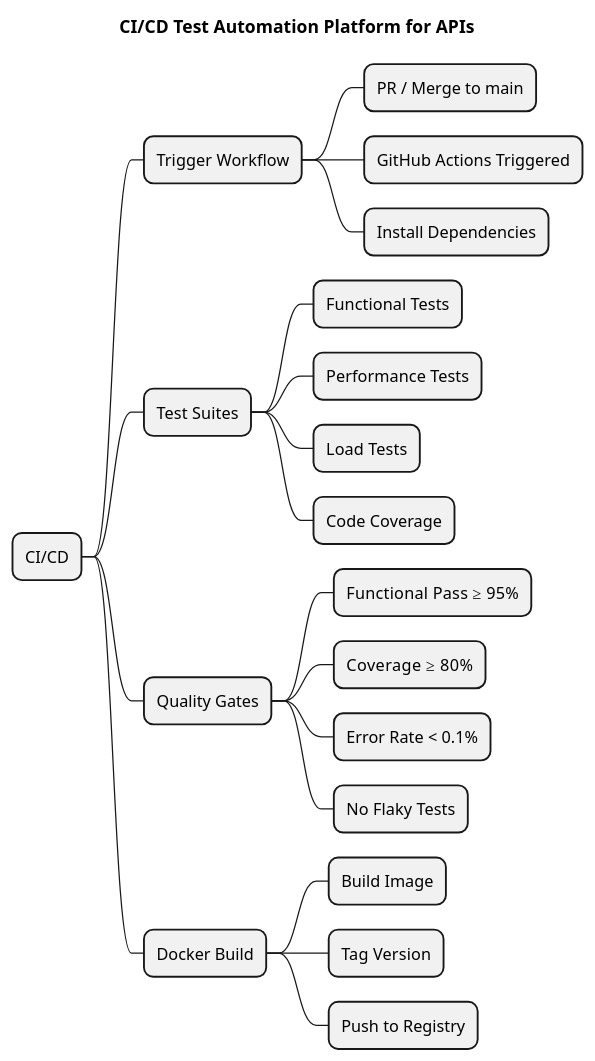
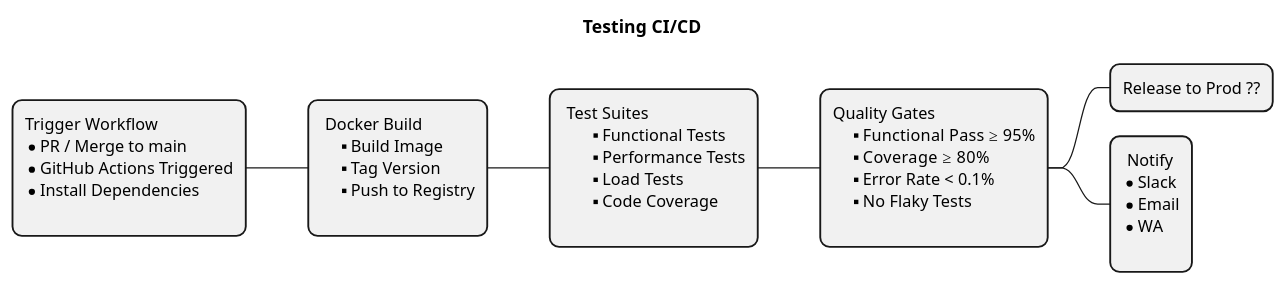
Before and after one commit to arushi688/fastapi-health-check: the first of 3 diagrams in docs/final.md, drawn with PlantUML. The commit also changed 10 other files, not shown here.

````diff
--- a/docs/final.md
+++ b/docs/final.md
@@ -10,31 +10,42 @@
 ```plantuml
 @startmindmap
 title CI/CD Test Automation Platform for APIs
 
 skinparam nodesep 20
 skinparam ranksep 50
 skinparam defaultFontSize 13
 skinparam roundcorner 15
 
-* CI/CD
-** Trigger Workflow
-*** PR / Merge to main
-*** GitHub Actions Triggered
-*** Install Dependencies
-** Test Suites
-*** Functional Tests
-*** Performance Tests
-*** Load Tests
-*** Code Coverage
-** Quality Gates
+title Testing CI/CD
+*:Trigger Workflow
+* PR / Merge to main
+* GitHub Actions Triggered
+* Install Dependencies
+;
+
+**: Docker Build
+*** Build Image
+*** Tag Version
+*** Push to Registry
+;
+***: Test Suites
+**** Functional Tests
+**** Performance Tests
+**** Load Tests
+**** Code Coverage
+;
+****:Quality Gates
 *** Functional Pass ≥ 95%
 *** Coverage ≥ 80%
 *** Error Rate < 0.1%
 *** No Flaky Tests
-** Docker Build
-*** Build Image
-*** Tag Version
-*** Push to Registry
+;
+***** Release to Prod ??
+*****: Notify
+* Slack
+* Email
+* WA
+;
 
 @endmindmap
 ```
````
